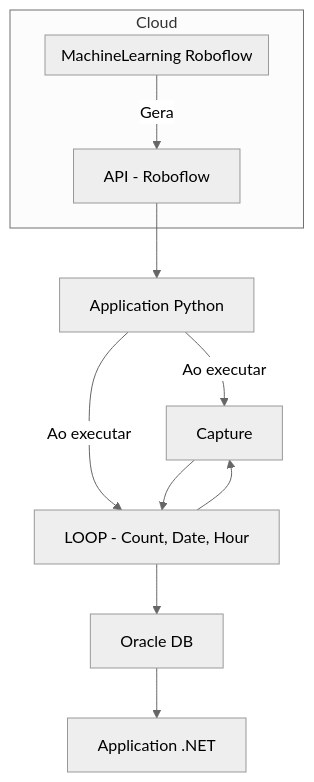
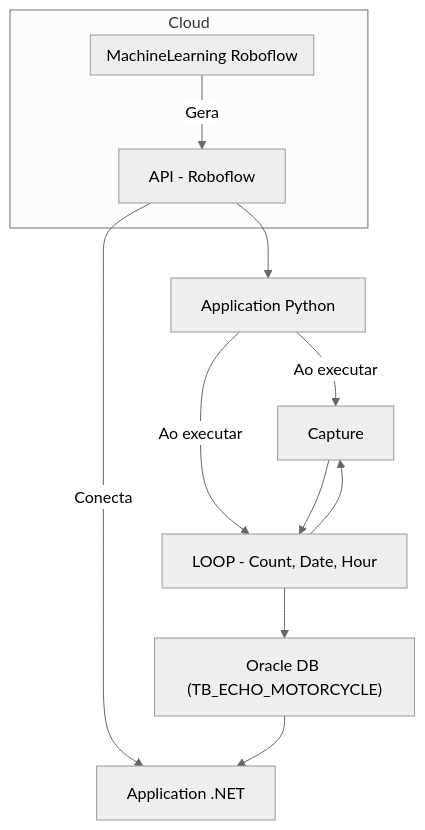
The diagram in README.md (AdonayRocha/MotorcycleMachineLearning), drawn with Mermaid (neutral theme) before and after one commit.

Commit message:
Update database reference in README

````diff
--- a/README.md
+++ b/README.md
@@ -51,22 +51,23 @@
 ```mermaid
 flowchart TD
 
     subgraph Cloud["Cloud"]
         subgraph ML["MachineLearning Roboflow"]
         end
         API["API - Roboflow"]
         ML -->|Gera| API
     end
 
     API --> Python["Application Python"]
+    API -->|Conecta| NET["Application .NET"]
 
     Python -->|Ao executar| Capture["Capture"]
     Python -->|Ao executar| Loop["LOOP - Count, Date, Hour"]
 
     Capture --> Loop
     Loop --> Capture
 
-    Loop --> DB["Oracle DB"]
-    DB --> NET["Application .NET"]
+    Loop --> DB["Oracle DB (TB_ECHO_MOTORCYCLE)"]
+    DB --> NET
 
 ```
````
